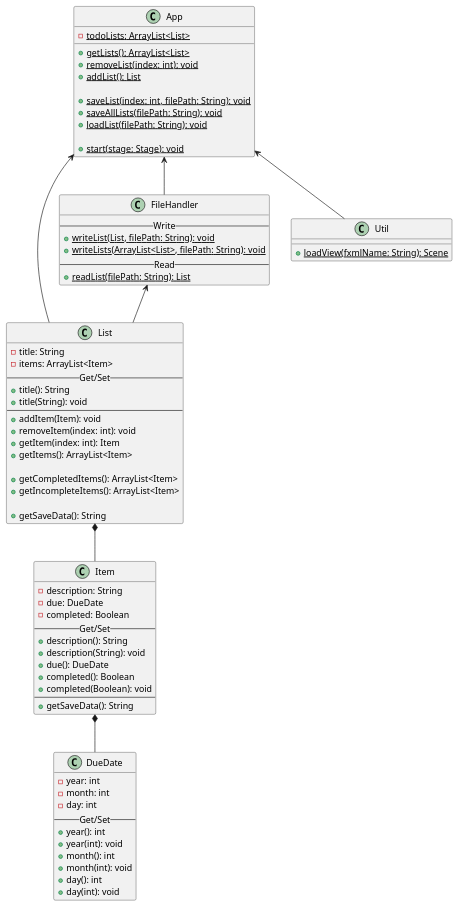
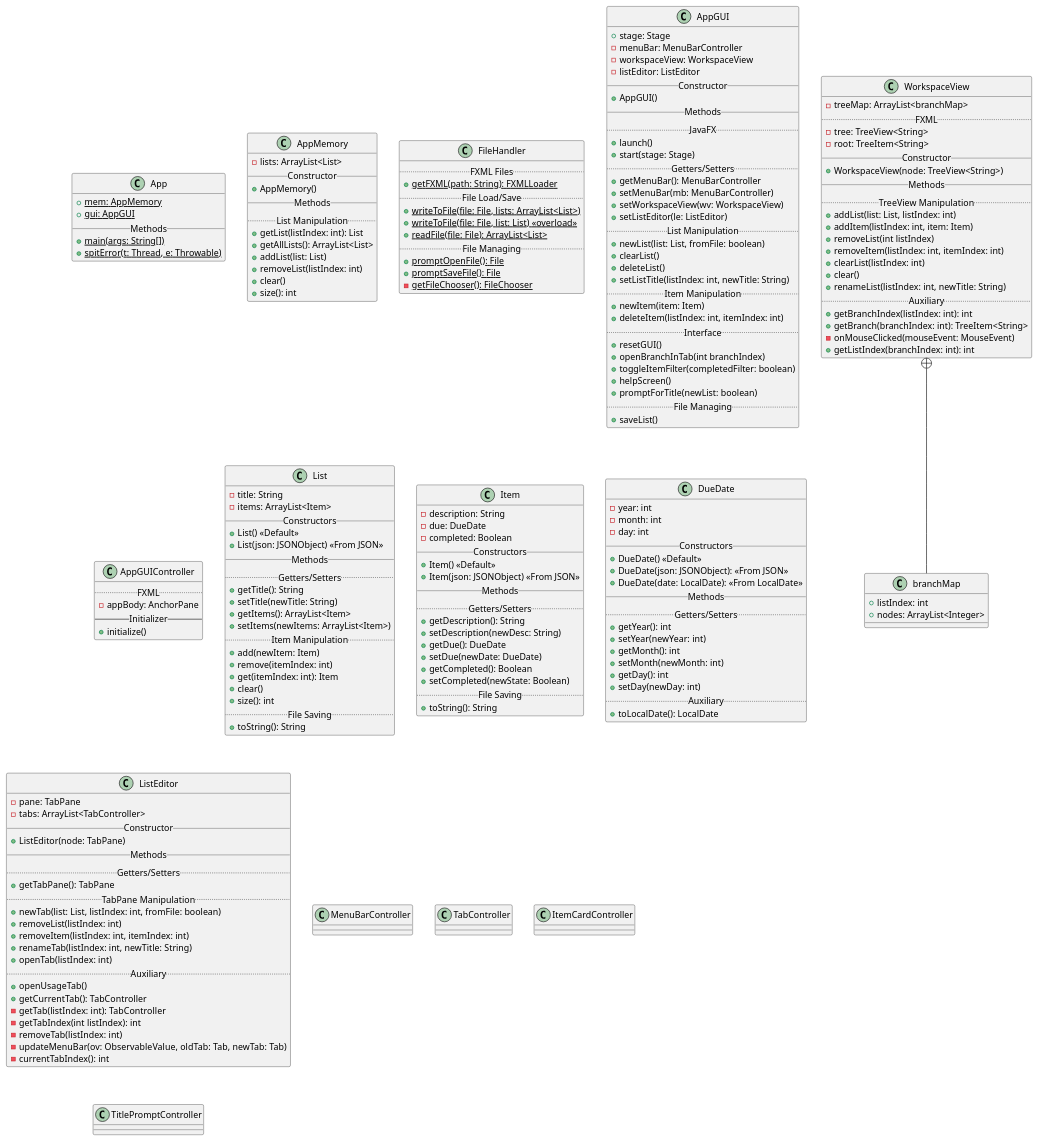
The diagram in uml/classes.puml (f0WLer/fowler-cop3330-assignment4part2), drawn with PlantUML before and after one commit.

Commit message:
Refactor: Forgot the UML

```diff
--- a/uml/classes.puml
+++ b/uml/classes.puml
@@ -1,80 +1,207 @@
 @startuml
-
-App <-- List
-App <-- FileHandler
-App <-- Util
 class App {
-    -{static} todoLists: ArrayList<List>
-
-    +{static} getLists(): ArrayList<List>
-    +{static} removeList(index: int): void
-    +{static} addList(): List
-
-    +{static} saveList(index: int, filePath: String): void
-    +{static} saveAllLists(filePath: String): void
-    +{static} loadList(filePath: String): void
-
-    +{static} start(stage: Stage): void
+    +{static}mem: AppMemory
+    +{static}gui: AppGUI
+    __Methods__
+    +{static}main(args: String[])
+    +{static}spitError(t: Thread, e: Throwable)
 }
 
-List *-- Item
-class List {
-    - title: String
-    - items: ArrayList<Item>
-    --Get/Set--
-    + title(): String
-    + title(String): void
-    --
-    + addItem(Item): void
-    + removeItem(index: int): void
-    + getItem(index: int): Item
-    + getItems(): ArrayList<Item>
-
-    + getCompletedItems(): ArrayList<Item>
-    + getIncompleteItems(): ArrayList<Item>
-
-    + getSaveData(): String
+class AppMemory {
+    -lists: ArrayList<List>
+    __Constructor__
+    +AppMemory()
+    __Methods__
+    ..List Manipulation..
+    +getList(listIndex: int): List
+    +getAllLists(): ArrayList<List>
+    +addList(list: List)
+    +removeList(listIndex: int)
+    +clear()
+    +size(): int
 }
 
-Item *-- DueDate
+class FileHandler {
+    ..FXML Files..
+    +{static} getFXML(path: String): FXMLLoader
+    ..File Load/Save..
+    +{static} writeToFile(file: File, lists: ArrayList<List>)
+    +{static} writeToFile(file: File, list: List) <<overload>>
+    +{static} readFile(file: File): ArrayList<List>
+    ..File Managing..
+    +{static} promptOpenFile(): File
+    +{static} promptSaveFile(): File
+    -{static} getFileChooser(): FileChooser
+}
+
+class AppGUI {
+    +stage: Stage
+    -menuBar: MenuBarController
+    -workspaceView: WorkspaceView
+    -listEditor: ListEditor
+    __Constructor__
+    +AppGUI()
+    __Methods__
+    ..JavaFX..
+    +launch()
+    +start(stage: Stage)
+    ..Getters/Setters..
+    +getMenuBar(): MenuBarController
+    +setMenuBar(mb: MenuBarController)
+    +setWorkspaceView(wv: WorkspaceView)
+    +setListEditor(le: ListEditor)
+    ..List Manipulation..
+    +newList(list: List, fromFile: boolean)
+    +clearList()
+    +deleteList()
+    +setListTitle(listIndex: int, newTitle: String)
+    ..Item Manipulation..
+    +newItem(item: Item)
+    +deleteItem(listIndex: int, itemIndex: int)
+    ..Interface..
+    +resetGUI()
+    +openBranchInTab(int branchIndex)
+    +toggleItemFilter(completedFilter: boolean)
+    +helpScreen()
+    +promptForTitle(newList: boolean)
+    ..File Managing..
+    +saveList()
+}
+
+class AppGUIController {
+    ..FXML..
+    -appBody: AnchorPane
+    --Initializer--
+    +initialize()
+}
+
+class List {
+    -title: String
+    -items: ArrayList<Item>
+    __Constructors__
+    +List() <<Default>>
+    +List(json: JSONObject) <<From JSON>>
+    __Methods__
+    ..Getters/Setters..
+    +getTitle(): String
+    +setTitle(newTitle: String)
+    +getItems(): ArrayList<Item>
+    +setItems(newItems: ArrayList<Item>)
+    ..Item Manipulation..
+    +add(newItem: Item)
+    +remove(itemIndex: int)
+    +get(itemIndex: int): Item
+    +clear()
+    +size(): int
+    ..File Saving..
+    +toString(): String
+}
+
 class Item {
-    - description: String
-    - due: DueDate
-    - completed: Boolean
-    --Get/Set--
-    + description(): String
-    + description(String): void
-    + due(): DueDate
-    + completed(): Boolean
-    + completed(Boolean): void
-    --
-    + getSaveData(): String
+    -description: String
+    -due: DueDate
+    -completed: Boolean
+    __Constructors__
+    +Item() <<Default>>
+    +Item(json: JSONObject) <<From JSON>>
+    __Methods__
+    ..Getters/Setters..
+    +getDescription(): String
+    +setDescription(newDesc: String)
+    +getDue(): DueDate
+    +setDue(newDate: DueDate)
+    +getCompleted(): Boolean
+    +setCompleted(newState: Boolean)
+    ..File Saving..
+    +toString(): String
 }
 
 class DueDate {
-    - year: int
-    - month: int
-    - day: int
-    --Get/Set--
-    + year(): int
-    + year(int): void
-    + month(): int
-    + month(int): void
-    + day(): int
-    + day(int): void
+    -year: int
+    -month: int
+    -day: int
+    __Constructors__
+    +DueDate() <<Default>>
+    +DueDate(json: JSONObject): <<From JSON>>
+    +DueDate(date: LocalDate): <<From LocalDate>>
+    __Methods__
+    ..Getters/Setters..
+    +getYear(): int
+    +setYear(newYear: int)
+    +getMonth(): int
+    +setMonth(newMonth: int)
+    +getDay(): int
+    +setDay(newDay: int)
+    ..Auxiliary..
+    +toLocalDate(): LocalDate
 }
 
-FileHandler <-- List
-class FileHandler {
-    --Write--
-    +{static} writeList(List, filePath: String): void
-    +{static} writeLists(ArrayList<List>, filePath: String): void
-    --Read--
-    +{static} readList(filePath: String): List
+class ListEditor {
+    -pane: TabPane
+    -tabs: ArrayList<TabController>
+    __Constructor__
+    +ListEditor(node: TabPane)
+    __Methods__
+    ..Getters/Setters..
+    +getTabPane(): TabPane
+    ..TabPane Manipulation..
+    +newTab(list: List, listIndex: int, fromFile: boolean)
+    +removeList(listIndex: int)
+    +removeItem(listIndex: int, itemIndex: int)
+    +renameTab(listIndex: int, newTitle: String)
+    +openTab(listIndex: int)
+    ..Auxiliary..
+    +openUsageTab()
+    +getCurrentTab(): TabController
+    -getTab(listIndex: int): TabController
+    -getTabIndex(int listIndex): int
+    -removeTab(listIndex: int)
+    -updateMenuBar(ov: ObservableValue, oldTab: Tab, newTab: Tab)
+    -currentTabIndex(): int
 }
 
-class Util {
-    +{static} loadView(fxmlName: String): Scene
+class WorkspaceView {
+    -treeMap: ArrayList<branchMap>
+    ..FXML..
+    -tree: TreeView<String>
+    -root: TreeItem<String>
+    __Constructor__
+    +WorkspaceView(node: TreeView<String>)
+    __Methods__
+    ..TreeView Manipulation..
+    +addList(list: List, listIndex: int)
+    +addItem(listIndex: int, item: Item)
+    +removeList(int listIndex)
+    +removeItem(listIndex: int, itemIndex: int)
+    +clearList(listIndex: int)
+    +clear()
+    +renameList(listIndex: int, newTitle: String)
+    ..Auxiliary..
+    +getBranchIndex(listIndex: int): int
+    +getBranch(branchIndex: int): TreeItem<String>
+    -onMouseClicked(mouseEvent: MouseEvent)
+    +getListIndex(branchIndex: int): int
+}
+WorkspaceView +-- branchMap
+class branchMap {
+    +listIndex: int
+    +nodes: ArrayList<Integer>
+}
+
+class MenuBarController {
+
+}
+
+class TabController {
+
+}
+
+class ItemCardController {
+
+}
+
+class TitlePromptController {
+
 }
 
 @enduml
```
